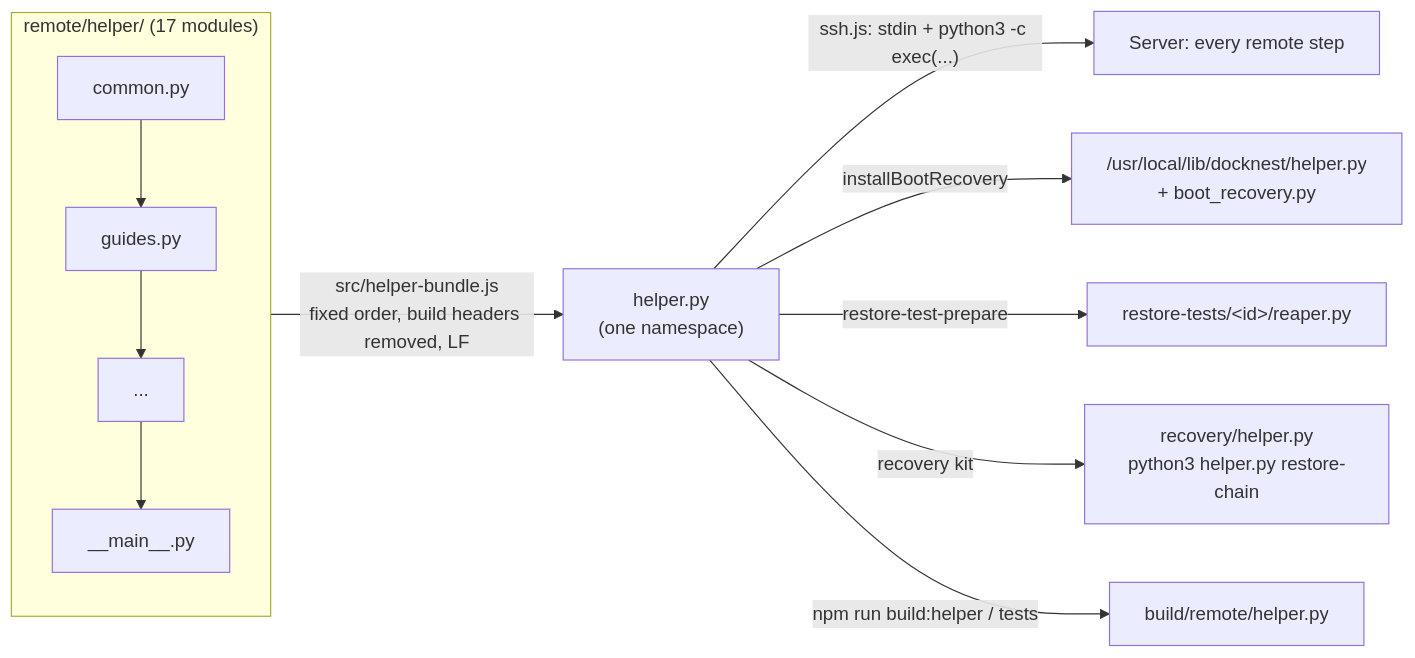
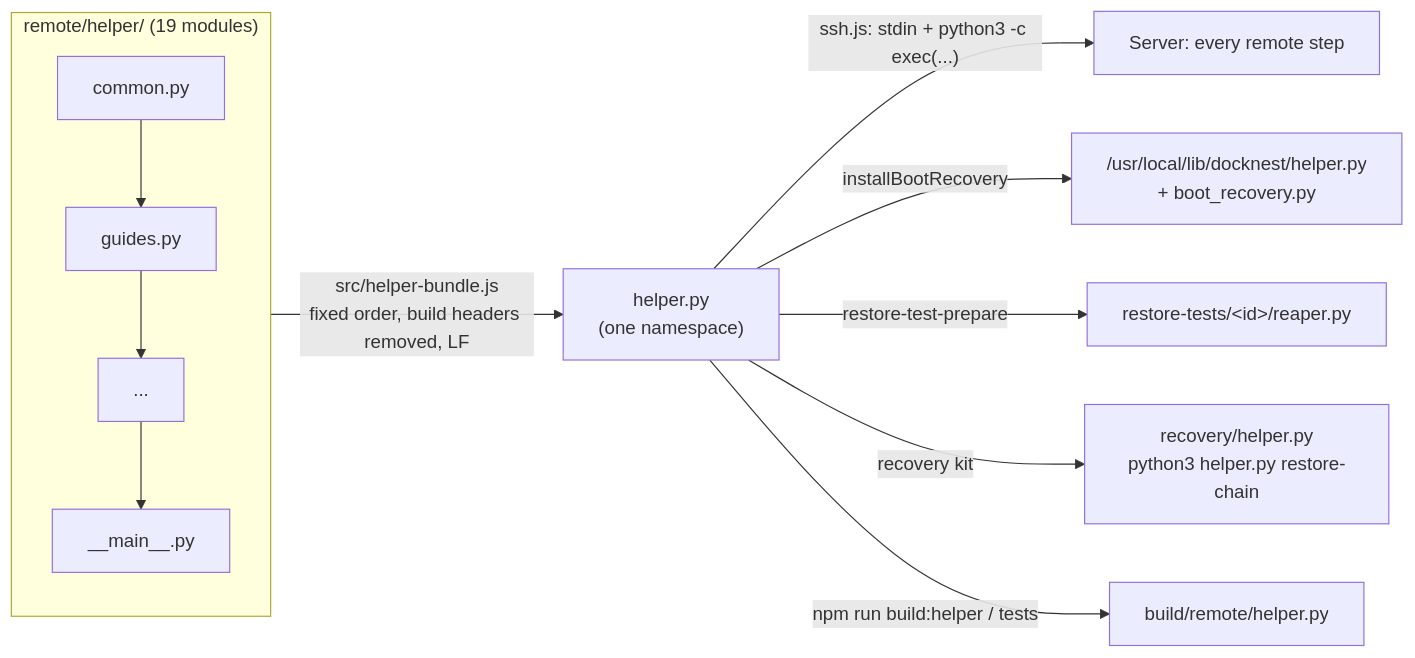
Before and after one commit to DahanItamar/DockNest: the first of 3 diagrams in docs/remote-helper.md, drawn with Mermaid. The commit also changed other lines of this file and 8 other files, not shown here.

````diff
--- a/docs/remote-helper.md
+++ b/docs/remote-helper.md
@@ -46,12 +46,12 @@
 ```mermaid
 flowchart LR
-  subgraph Source["remote/helper/ (17 modules)"]
+  subgraph Source["remote/helper/ (19 modules)"]
     M1[common.py] --> M2[guides.py] --> M3[...] --> M15[__main__.py]
   end
   Source -->|"src/helper-bundle.js<br/>fixed order, build headers removed, LF"| B["helper.py<br/>(one namespace)"]
   B -->|"ssh.js: stdin + python3 -c exec(...)"| S[Server: every remote step]
   B -->|"installBootRecovery"| R["/usr/local/lib/docknest/helper.py<br/>+ boot_recovery.py"]
   B -->|"restore-test-prepare"| P["restore-tests/&lt;id&gt;/reaper.py"]
   B -->|"recovery kit"| K["recovery/helper.py<br/>python3 helper.py restore-chain"]
   B -->|"npm run build:helper / tests"| D[build/remote/helper.py]
 ```
````
